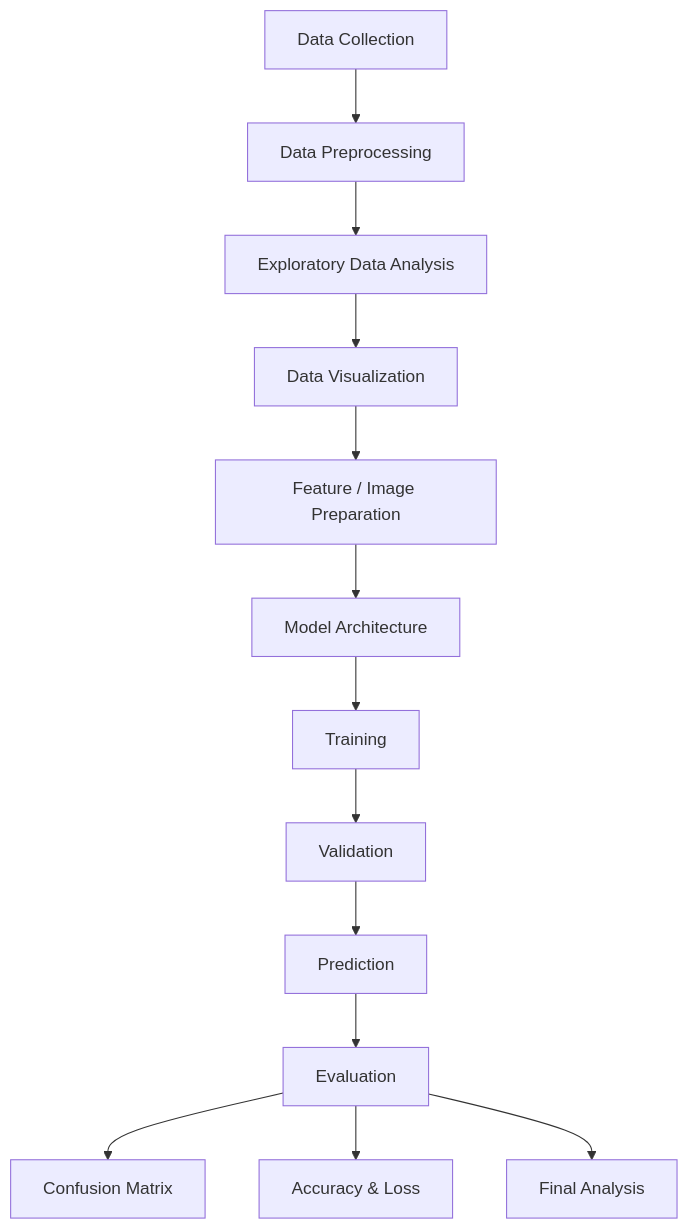
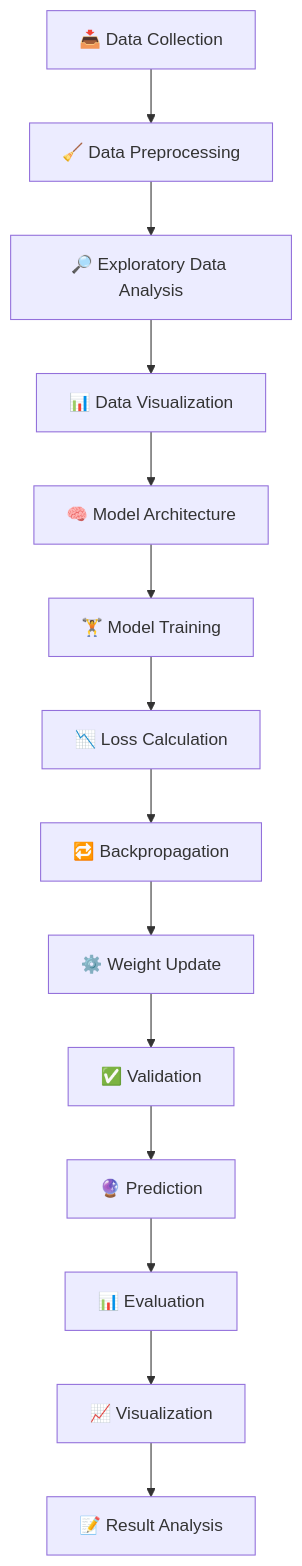
One commit to rushirathod22/Deep_Learning_Assignment changed the eighth of 9 diagrams in README.md. Above: the diagram before and after it, drawn with Mermaid. The commit also changed other lines of this file, not shown here.

````diff
--- a/README.md
+++ b/README.md
@@ -432,15 +439,30 @@
 ```mermaid
-graph TD
-    A[Data Collection] --> B[Data Preprocessing]
-    B --> C[Exploratory Data Analysis]
-    C --> D[Data Visualization]
-    D --> E[Feature / Image Preparation]
-    E --> F[Model Architecture]
-    F --> G[Training]
-    G --> H[Validation]
-    H --> I[Prediction]
-    I --> J[Evaluation]
-    J --> K[Confusion Matrix]
-    J --> L[Accuracy & Loss]
-    J --> M[Final Analysis]
+flowchart TD
+
+A["📥 Data Collection"]
+--> B["🧹 Data Preprocessing"]
+
+B --> C["🔎 Exploratory Data Analysis"]
+
+C --> D["📊 Data Visualization"]
+
+D --> E["🧠 Model Architecture"]
+
+E --> F["🏋️ Model Training"]
+
+F --> G["📉 Loss Calculation"]
+
+G --> H["🔁 Backpropagation"]
+
+H --> I["⚙️ Weight Update"]
+
+I --> J["✅ Validation"]
+
+J --> K["🔮 Prediction"]
+
+K --> L["📊 Evaluation"]
+
+L --> M["📈 Visualization"]
+
+M --> N["📝 Result Analysis"]
 ```
````
